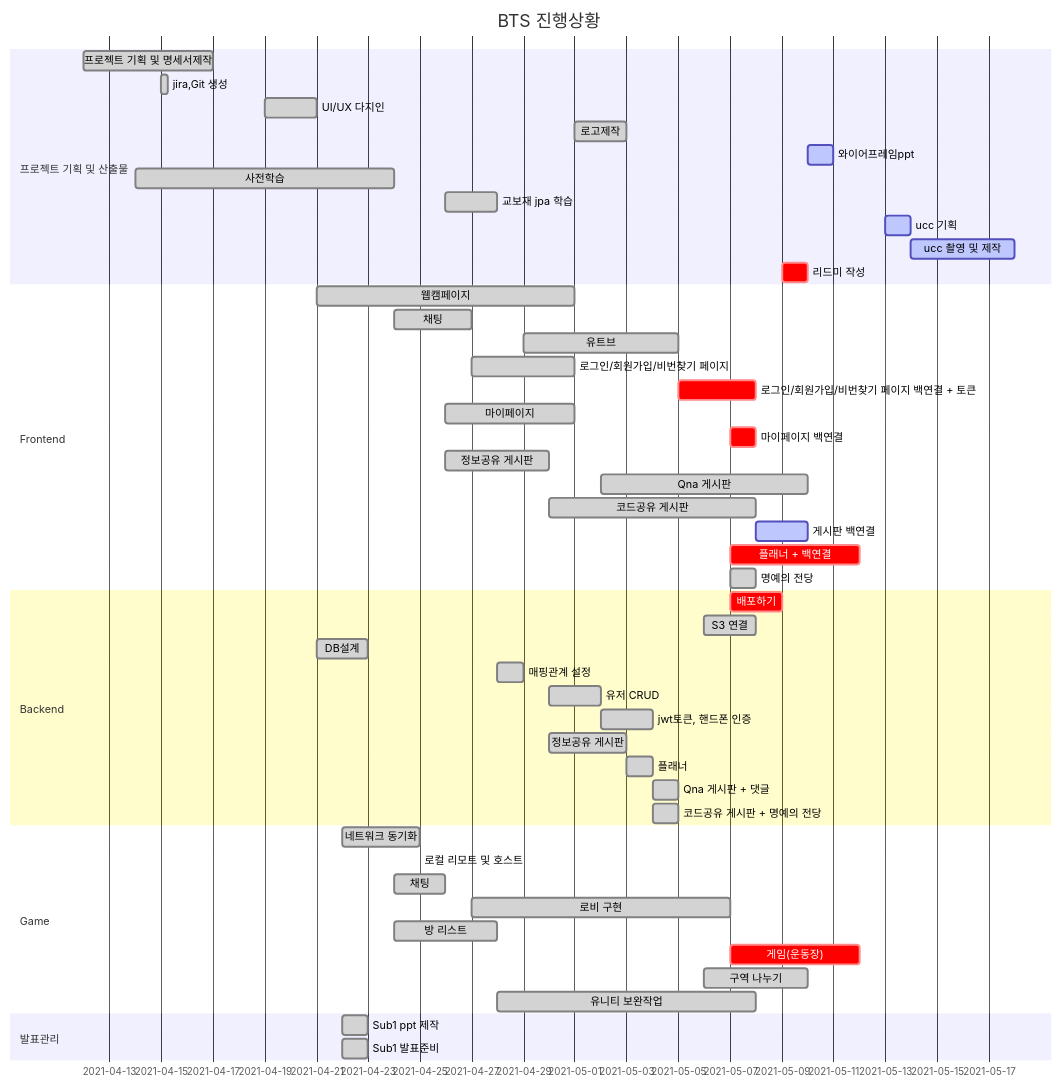
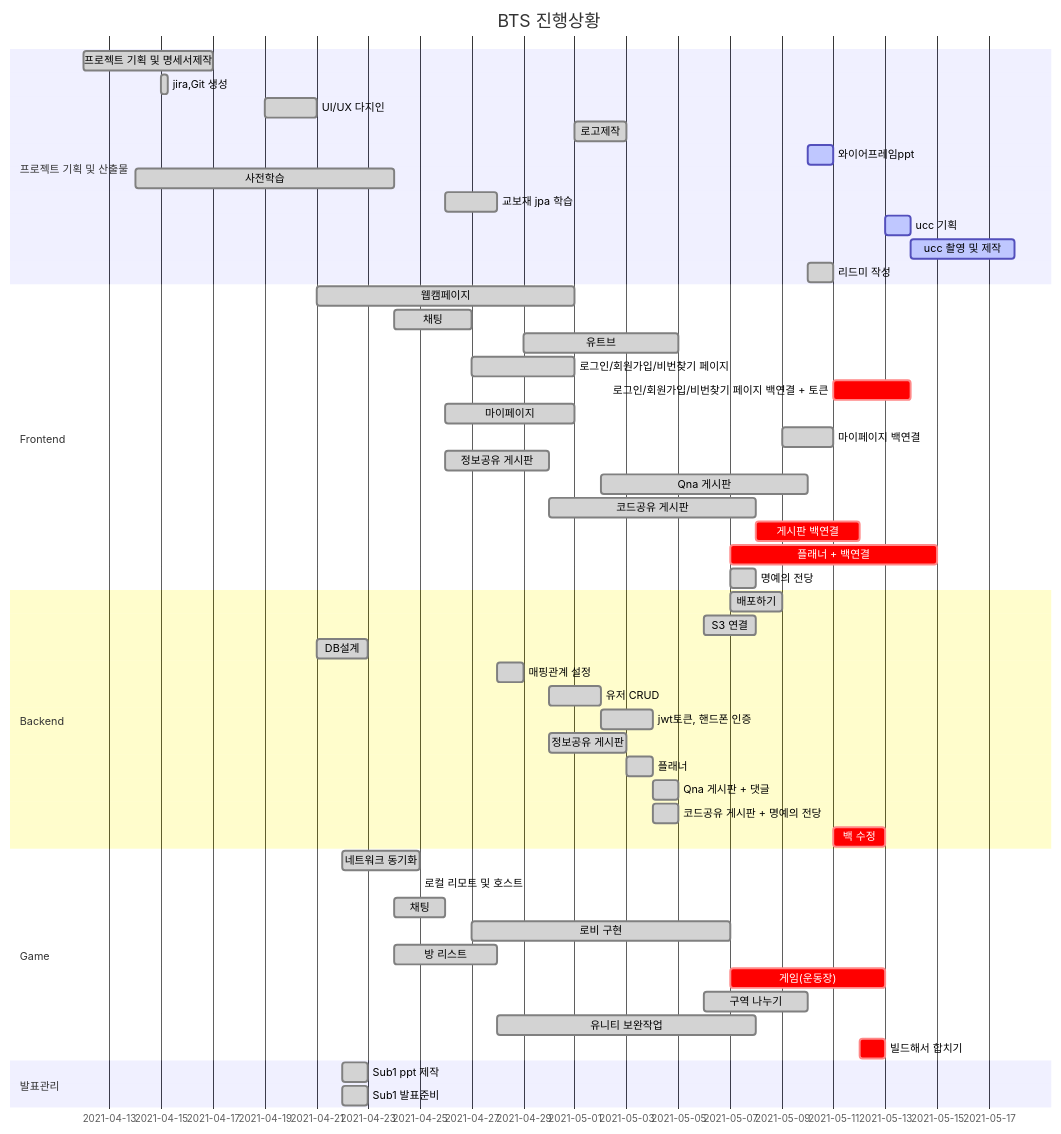
The diagram in README.md (Luminousjiny/PJT_BTS), drawn with Mermaid before and after one commit. The commit also changed other lines of this file, not shown here.

Commit message:
간트차트 업데이트

````diff
--- a/README.md
+++ b/README.md
@@ -50,57 +50,59 @@
 ```mermaid
 gantt
     title BTS 진행상황
     dateFormat  YYYY-MM-DD
     section 프로젝트 기획 및 산출물
     프로젝트 기획 및 명세서제작 : done, 2021-04-12, 5d
     jira,Git 생성  :done, 2021-04-15, 6h
     UI/UX 다지인  : done,   2021-04-19, 2d
     로고제작 : done, 2021-05-01, 2d
     와이어프레임ppt : active, 2021-05-10, 1d
     사전학습  : done, 2021-04-14, 10d
     교보재 jpa 학습 : done, 2021-04-26, 2d
     ucc 기획 : active, 2021-05-13, 1d
     ucc 촬영 및 제작 : active, 2021-05-14, 4d
-    리드미 작성 : crit, 2021-05-09, 1d
+    리드미 작성 : done, 2021-05-10, 1d
 
     section Frontend
     웹캠페이지 : done, 2021-04-21, 10d
     채팅 : done, 2021-04-24, 3d
     유트브 : done, 2021-04-29, 6d
     로그인/회원가입/비번찾기 페이지 : done, 2021-04-27, 4d
-    로그인/회원가입/비번찾기 페이지 백연결 + 토큰 : crit, 2021-05-05, 3d
+    로그인/회원가입/비번찾기 페이지 백연결 + 토큰 : crit, 2021-05-11, 3d
     마이페이지 : done, 2021-04-26, 5d
-    마이페이지 백연결 : crit, 2021-05-07, 1d
+    마이페이지 백연결 : done, 2021-05-09, 2d
     정보공유 게시판 : done, 2021-04-26, 4d
     Qna 게시판 : done, 2021-05-02, 8d
     코드공유 게시판 : done, 2021-04-30, 8d
-    게시판 백연결 : active, 2021-05-08, 2d
-    플래너 + 백연결 : crit, 2021-05-07, 5d
+    게시판 백연결 : crit, 2021-05-08, 4d
+    플래너 + 백연결 : crit, 2021-05-07, 8d
     명예의 전당 : done, 2021-05-07, 1d
     
     section Backend
-    배포하기 : crit, 2021-05-07, 2d
+    배포하기 : done, 2021-05-07, 2d
     S3 연결 : done, 2021-05-06, 2d
     DB설계 : done, 2021-04-21, 2d
     매핑관계 설정 : done, 2021-04-28, 1d
     유저 CRUD : done, 2021-04-30, 2d
     jwt토큰, 핸드폰 인증 : done, 2021-05-02,2d 
     정보공유 게시판 : done, 2021-04-30, 3d
     플래너 : done, 2021-05-03, 1d
     Qna 게시판 + 댓글 : done, 2021-05-04, 1d
     코드공유 게시판 + 명예의 전당 : done, 2021-05-04, 1d 
+    백 수정 : crit, 2021-05-11, 2d
     
     section Game
 	네트워크 동기화 : done, 2021-04-22, 3d
 	로컬 리모트 및 호스트 : done, 2021-04-23 1d
 	채팅 : done, 2021-04-24, 2d
 	로비 구현 : done, 2021-04-27, 10d
     방 리스트 : done, 2021-04-24, 4d
-    게임(운동장) : crit, 2021-05-07,5d
+    게임(운동장) : crit, 2021-05-07,6d
     구역 나누기 : done, 2021-05-06, 4d
     유니티 보완작업 : done, 2021-04-28, 10d
+    빌드해서 합치기 : crit, 2021-05-12, 1d
     
     section 발표관리
     Sub1 ppt 제작 : done, 2021-04-22, 1d
     Sub1 발표준비 : done, 2021-04-22, 1d
 ```
````
